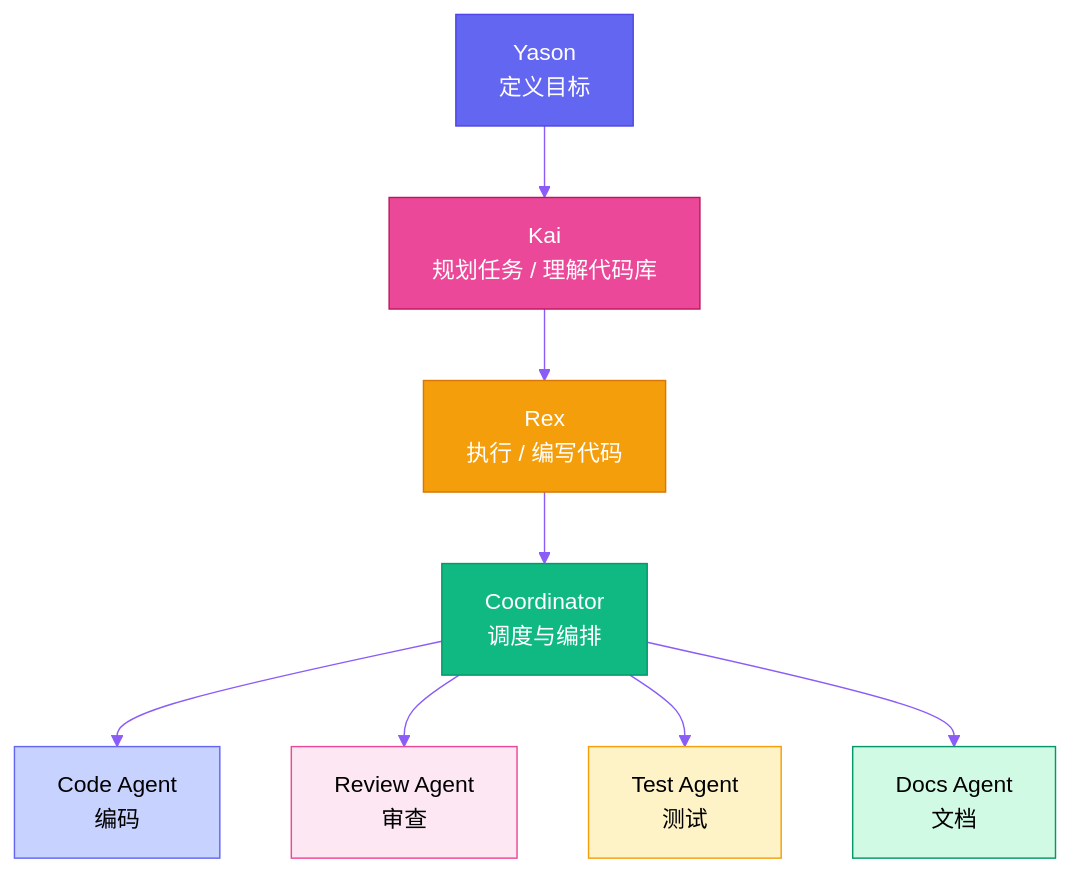
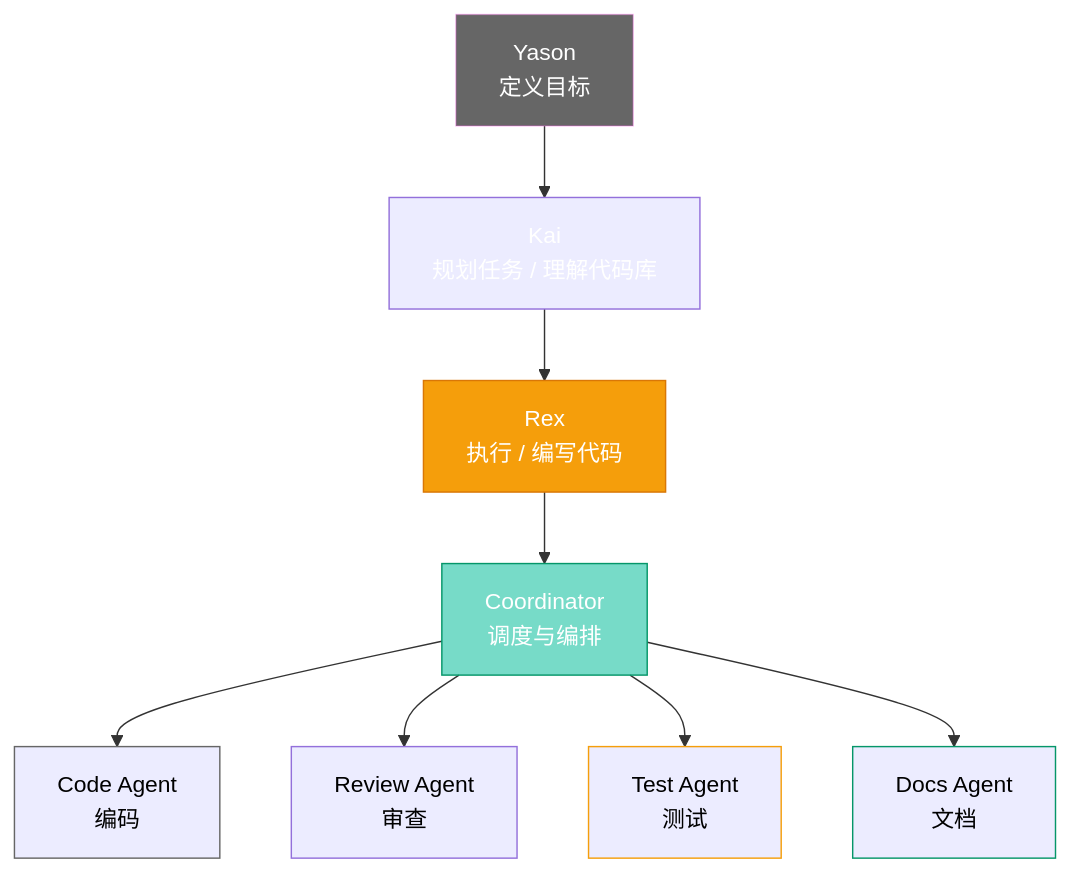
Before and after one commit to VokoForge/ai-prism: the first of 2 diagrams in posts/yason-and-roberts/zh/ch21.md, drawn with Mermaid. The commit also changed other lines of this file and 31 other files, not shown here.

First line of the commit message:
✨ Rewrite all articles: hook titles, Mermaid diagrams, engaging style

````diff
--- a/posts/yason-and-roberts/zh/ch21.md
+++ b/posts/yason-and-roberts/zh/ch21.md
@@ -36,20 +36,19 @@
 ```mermaid
-%%{init: {'theme': 'base', 'themeVariables': {'primaryColor': '#6366f1','primaryTextColor': '#fff','primaryBorderColor': '#4f46e5','lineColor': '#8b5cf6','secondaryColor': '#ec4899','tertiaryColor': '#f59e0b'}}}%%
 graph TB
     Y["Yason<br>定义目标"] --> K["Kai<br>规划任务 / 理解代码库"]
     K --> R["Rex<br>执行 / 编写代码"]
     R --> C["Coordinator<br>调度与编排"]
     C --> CA["Code Agent<br>编码"]
     C --> RA["Review Agent<br>审查"]
     C --> TA["Test Agent<br>测试"]
     C --> DA["Docs Agent<br>文档"]
 
-    style Y fill:#6366f1,stroke:#4f46e5,color:#fff
-    style K fill:#ec4899,stroke:#be185d,color:#fff
+    style Y fill:#666f,stroke:#f6e5,color:#fff
+    style K fill:#ec899,stroke:#be85d,color:#fff
     style R fill:#f59e0b,stroke:#d97706,color:#fff
-    style C fill:#10b981,stroke:#059669,color:#fff
-    style CA fill:#c7d2fe,stroke:#6366f1,color:#000
-    style RA fill:#fce7f3,stroke:#ec4899,color:#000
-    style TA fill:#fef3c7,stroke:#f59e0b,color:#000
-    style DA fill:#d1fae5,stroke:#059669,color:#000
+    style C fill:#0b98,stroke:#059669,color:#fff
+    style CA fill:#c7dfe,stroke:#666f,color:#000
+    style RA fill:#fce7f,stroke:#ec899,color:#000
+    style TA fill:#fefc7,stroke:#f59e0b,color:#000
+    style DA fill:#dfae5,stroke:#059669,color:#000
 ```
````
